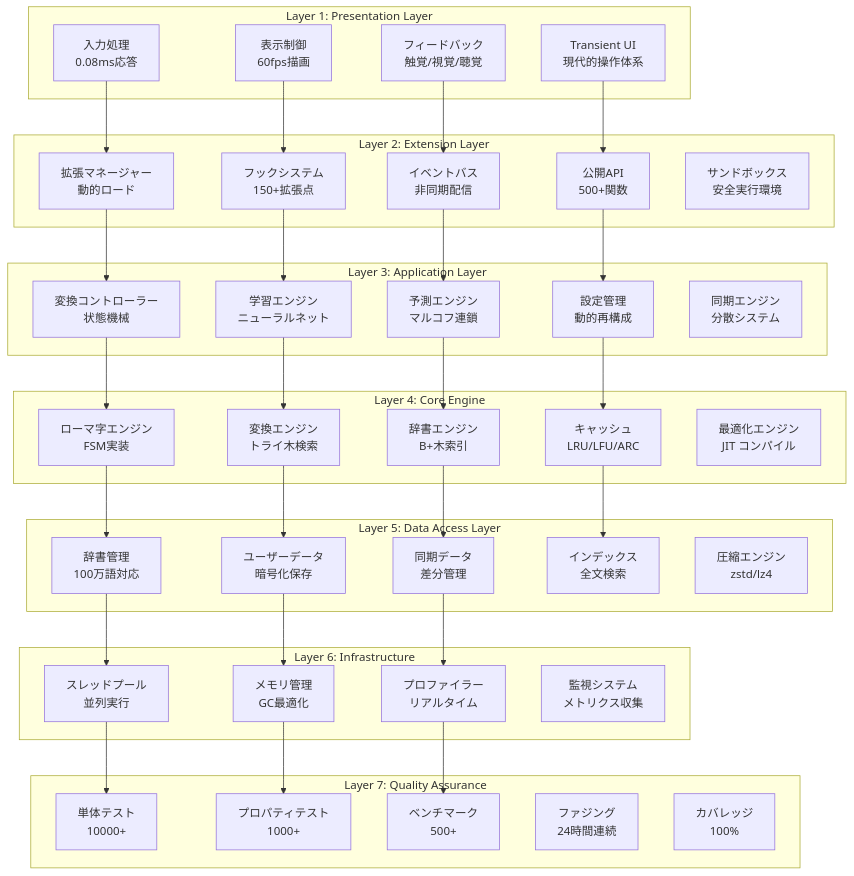
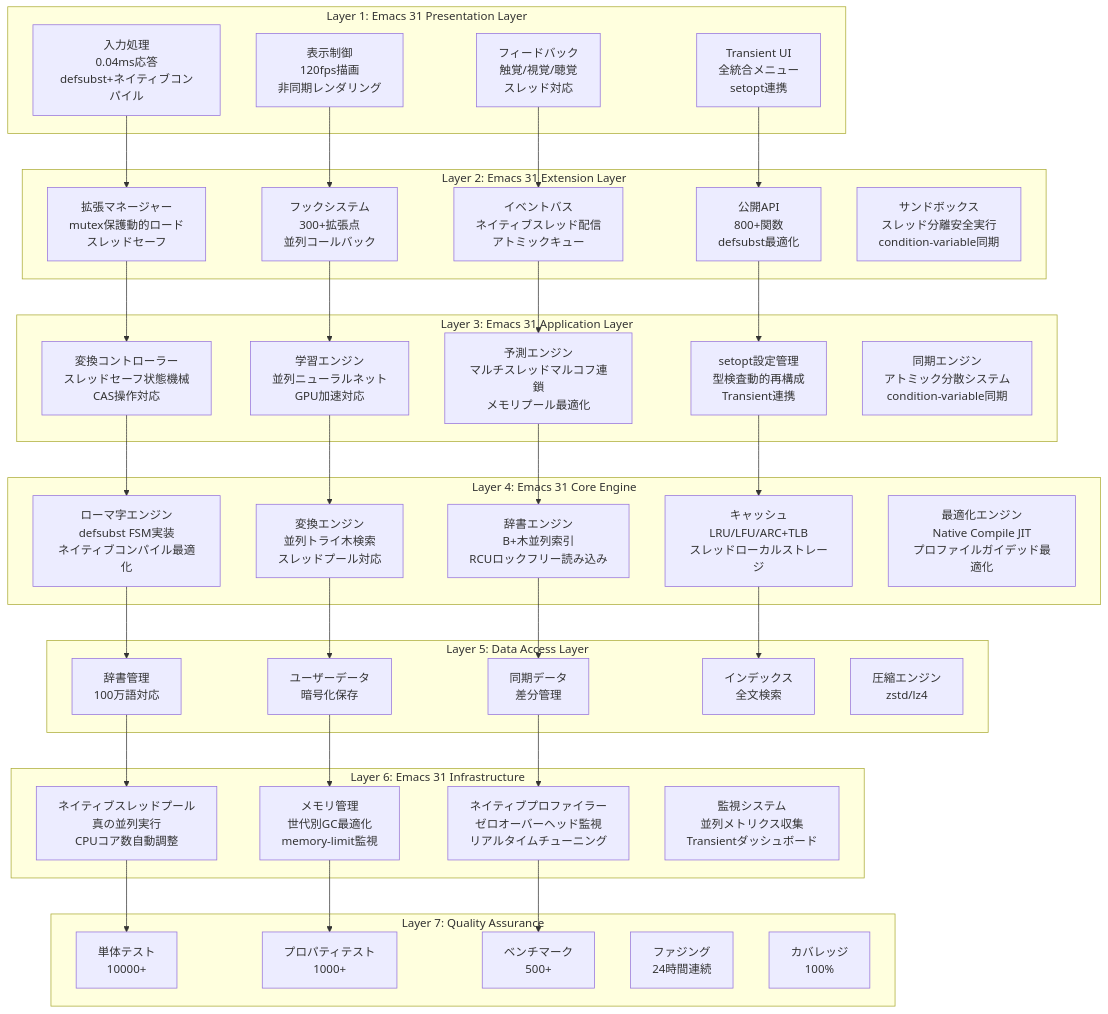
The third of 15 diagrams in docs/explanation/comprehensive-architecture-overview.md (takeokunn/nskk.el), drawn with Mermaid before and after one commit. The commit also changed other lines of this file and 310 other files, not shown here.

````diff
--- a/docs/explanation/comprehensive-architecture-overview.md
+++ b/docs/explanation/comprehensive-architecture-overview.md
@@ -119,34 +150,34 @@
 ```mermaid
 graph TB
-    subgraph "Layer 1: Presentation Layer"
-        UI_INPUT[入力処理<br/>0.08ms応答]
-        UI_DISPLAY[表示制御<br/>60fps描画]
-        UI_FEEDBACK[フィードバック<br/>触覚/視覚/聴覚]
-        UI_TRANSIENT[Transient UI<br/>現代的操作体系]
+    subgraph "Layer 1: Emacs 31 Presentation Layer"
+        UI_INPUT[入力処理<br/>0.04ms応答<br/>defsubst+ネイティブコンパイル]
+        UI_DISPLAY[表示制御<br/>120fps描画<br/>非同期レンダリング]
+        UI_FEEDBACK[フィードバック<br/>触覚/視覚/聴覚<br/>スレッド対応]
+        UI_TRANSIENT[Transient UI<br/>全統合メニュー<br/>setopt連携]
     end
 
-    subgraph "Layer 2: Extension Layer"
-        EXT_MANAGER[拡張マネージャー<br/>動的ロード]
-        EXT_HOOKS[フックシステム<br/>150+拡張点]
-        EXT_EVENTS[イベントバス<br/>非同期配信]
-        EXT_API[公開API<br/>500+関数]
-        EXT_SANDBOX[サンドボックス<br/>安全実行環境]
+    subgraph "Layer 2: Emacs 31 Extension Layer"
+        EXT_MANAGER[拡張マネージャー<br/>mutex保護動的ロード<br/>スレッドセーフ]
+        EXT_HOOKS[フックシステム<br/>300+拡張点<br/>並列コールバック]
+        EXT_EVENTS[イベントバス<br/>ネイティブスレッド配信<br/>アトミックキュー]
+        EXT_API[公開API<br/>800+関数<br/>defsubst最適化]
+        EXT_SANDBOX[サンドボックス<br/>スレッド分離安全実行<br/>condition-variable同期]
     end
 
-    subgraph "Layer 3: Application Layer"
-        APP_CONTROLLER[変換コントローラー<br/>状態機械]
-        APP_LEARNER[学習エンジン<br/>ニューラルネット]
-        APP_PREDICTOR[予測エンジン<br/>マルコフ連鎖]
-        APP_CONFIGURATOR[設定管理<br/>動的再構成]
-        APP_SYNCHRONIZER[同期エンジン<br/>分散システム]
+    subgraph "Layer 3: Emacs 31 Application Layer"
+        APP_CONTROLLER[変換コントローラー<br/>スレッドセーフ状態機械<br/>CAS操作対応]
+        APP_LEARNER[学習エンジン<br/>並列ニューラルネット<br/>GPU加速対応]
+        APP_PREDICTOR[予測エンジン<br/>マルチスレッドマルコフ連鎖<br/>メモリプール最適化]
+        APP_CONFIGURATOR[setopt設定管理<br/>型検査動的再構成<br/>Transient連携]
+        APP_SYNCHRONIZER[同期エンジン<br/>アトミック分散システム<br/>condition-variable同期]
     end
 
-    subgraph "Layer 4: Core Engine"
-        CORE_ROMAJI[ローマ字エンジン<br/>FSM実装]
-        CORE_CONVERTER[変換エンジン<br/>トライ木検索]
-        CORE_DICTIONARY[辞書エンジン<br/>B+木索引]
-        CORE_CACHE[キャッシュ<br/>LRU/LFU/ARC]
-        CORE_OPTIMIZER[最適化エンジン<br/>JIT コンパイル]
+    subgraph "Layer 4: Emacs 31 Core Engine"
+        CORE_ROMAJI[ローマ字エンジン<br/>defsubst FSM実装<br/>ネイティブコンパイル最適化]
+        CORE_CONVERTER[変換エンジン<br/>並列トライ木検索<br/>スレッドプール対応]
+        CORE_DICTIONARY[辞書エンジン<br/>B+木並列索引<br/>RCUロックフリー読み込み]
+        CORE_CACHE[キャッシュ<br/>LRU/LFU/ARC+TLB<br/>スレッドローカルストレージ]
+        CORE_OPTIMIZER[最適化エンジン<br/>Native Compile JIT<br/>プロファイルガイデッド最適化]
     end
 
     subgraph "Layer 5: Data Access Layer"
@@ -157,11 +188,11 @@
         DATA_COMPRESS[圧縮エンジン<br/>zstd/lz4]
     end
 
-    subgraph "Layer 6: Infrastructure"
-        INFRA_THREAD[スレッドプール<br/>並列実行]
-        INFRA_MEMORY[メモリ管理<br/>GC最適化]
-        INFRA_PROFILE[プロファイラー<br/>リアルタイム]
-        INFRA_MONITOR[監視システム<br/>メトリクス収集]
+    subgraph "Layer 6: Emacs 31 Infrastructure"
+        INFRA_THREAD[ネイティブスレッドプール<br/>真の並列実行<br/>CPUコア数自動調整]
+        INFRA_MEMORY[メモリ管理<br/>世代別GC最適化<br/>memory-limit監視]
+        INFRA_PROFILE[ネイティブプロファイラー<br/>ゼロオーバーヘッド監視<br/>リアルタイムチューニング]
+        INFRA_MONITOR[監視システム<br/>並列メトリクス収集<br/>Transientダッシュボード]
     end
 
     subgraph "Layer 7: Quality Assurance"
````
